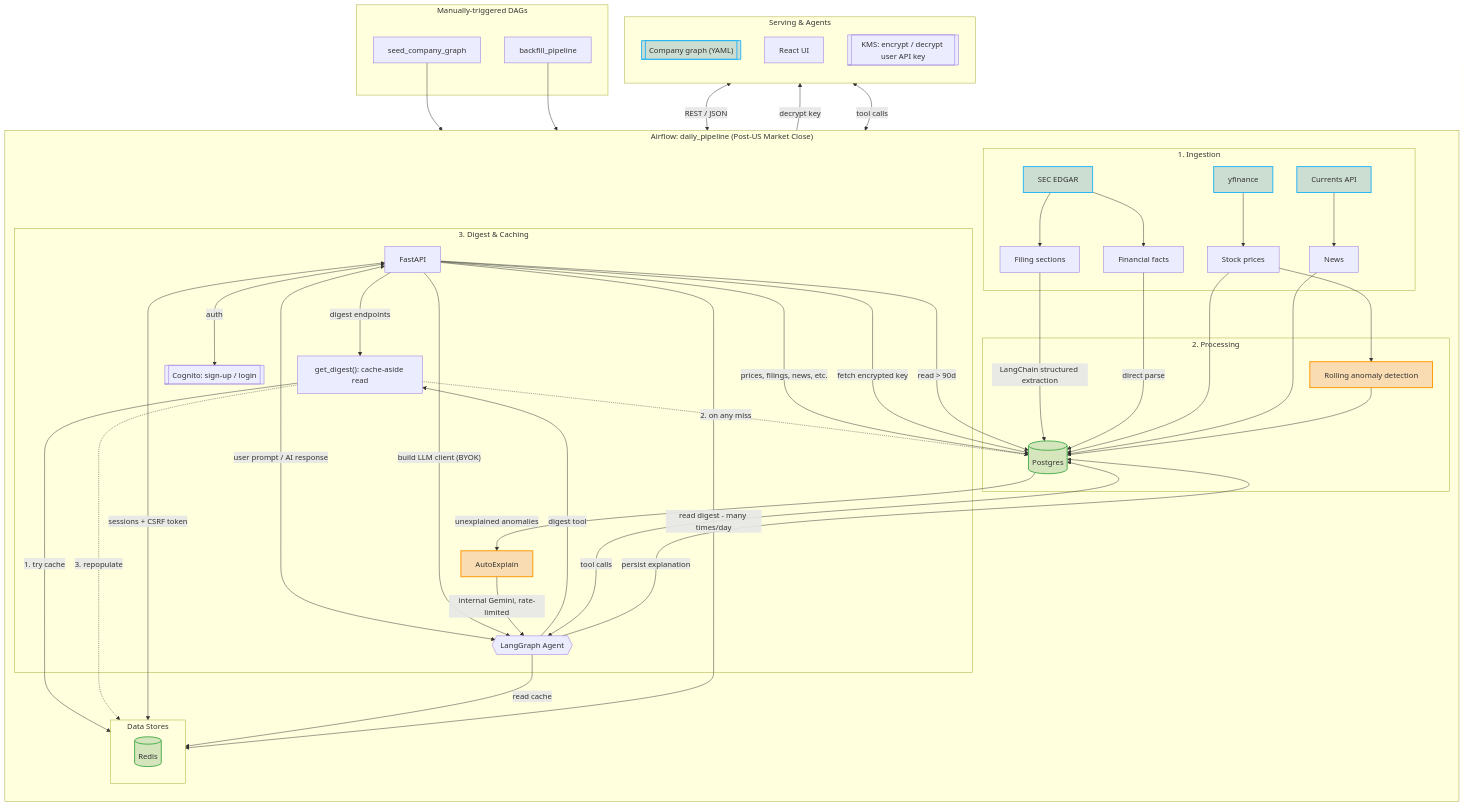
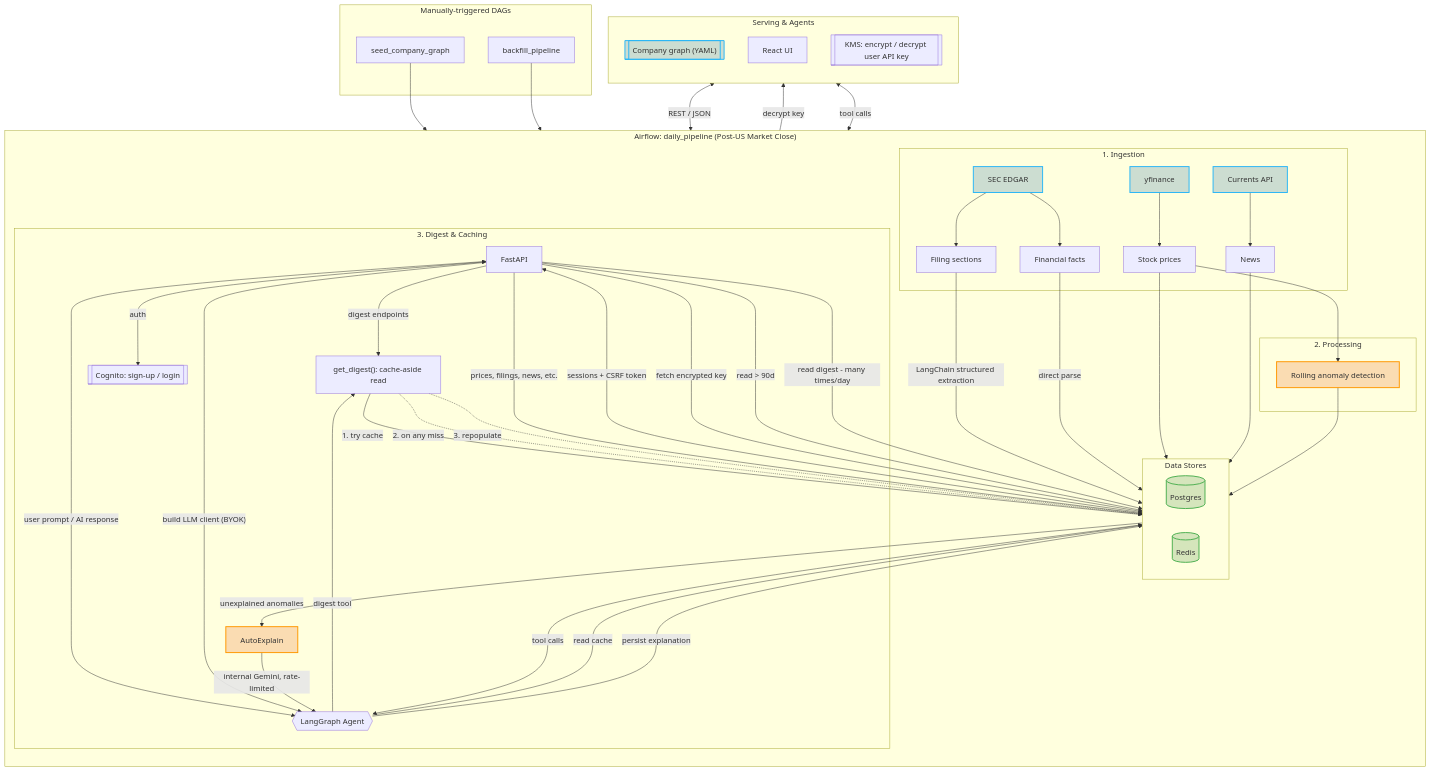
The first of 2 diagrams in README.md (RuiDavid5b/yield-line), drawn with Mermaid before and after one commit. The commit also changed other lines of this file, not shown here.

Commit message:
update diagram

```diff
--- a/README.md
+++ b/README.md
@@ -75,18 +75,18 @@
             NewsAPI[Currents API] --> NewsData[News]
         end
 
+        subgraph Databases["Data Stores"]
+            direction LR
+            PG[(Postgres)]
+            Redis[(Redis)]
+        end
+
         subgraph Processing["2. Processing"]
             Sections -->|"LangChain structured extraction"| PG
             XBRL -->|"direct parse"| PG
             Prices --> PG
             NewsData --> PG
             Prices --> Rolling[Rolling anomaly detection] --> PG
-        end
-
-        subgraph Databases["Data Stores"]
-            direction LR
-            PG[(Postgres)]
-            Redis[(Redis)]
         end
 
         subgraph Analytics["3. Digest & Caching"]
```
